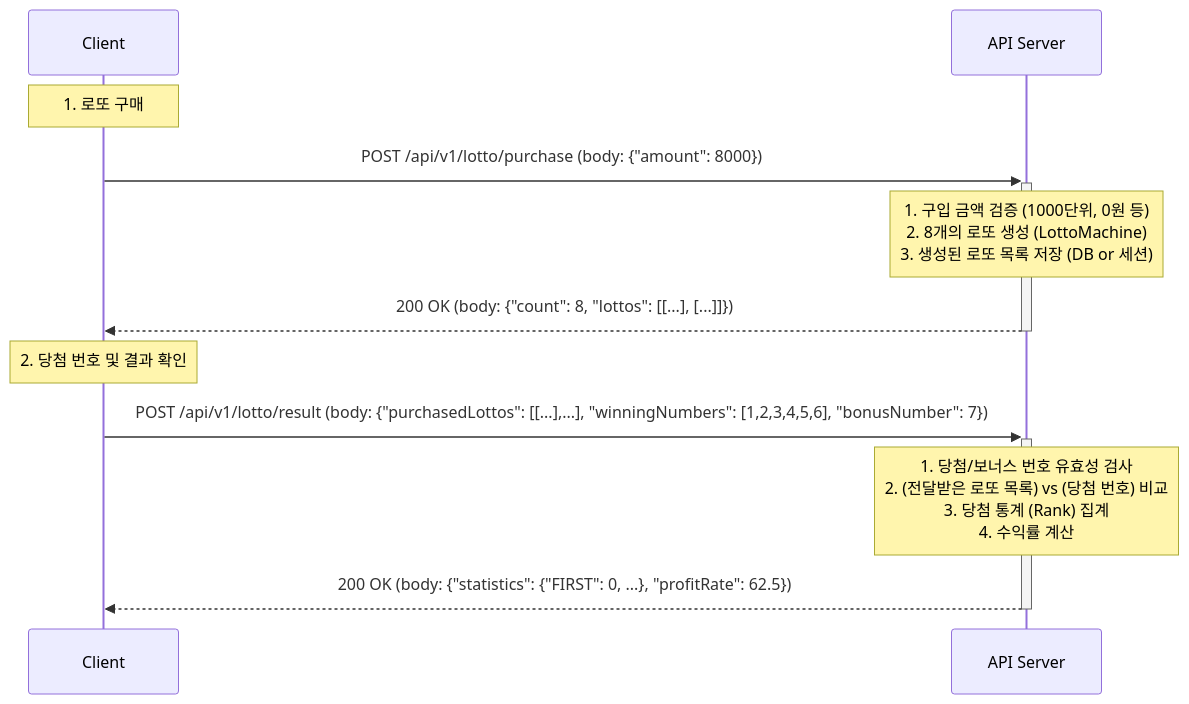
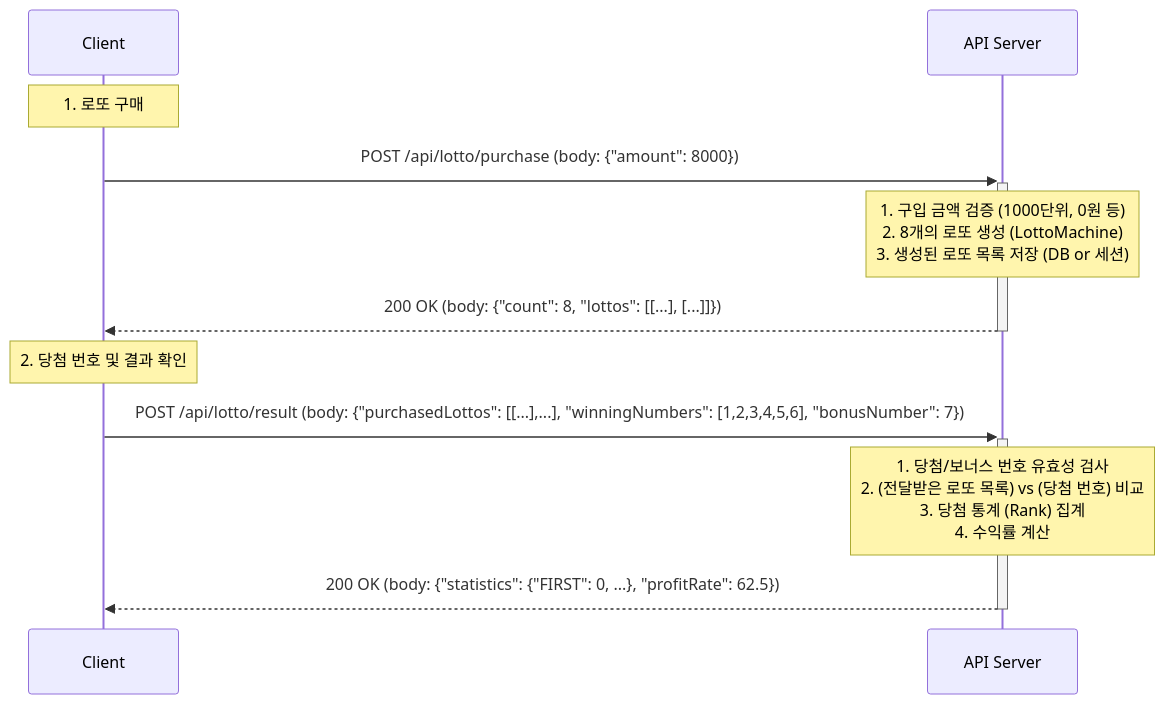
Before and after one commit to stdiodh/java-open-mission-8: the third of 3 diagrams in README.md, drawn with Mermaid. The commit also changed other lines of this file, not shown here.

Commit message:
docs: API 흐름도 내 엔드포인트 URL 최신화함
실제 구현된 REST API 경로 구조(/api/{domain}/{action})에 맞게 API 흐름도 문서를 갱신함.

````diff
--- a/README.md
+++ b/README.md
@@ -102,12 +102,12 @@
     ```mermaid
     sequenceDiagram
     Note over Client: 1. 로또 구매
-    Client->>+API Server: POST /api/v1/lotto/purchase (body: {"amount": 8000})
+    Client->>+API Server: POST /api/lotto/purchase (body: {"amount": 8000})
     Note over API Server: 1. 구입 금액 검증 (1000단위, 0원 등)<br>2. 8개의 로또 생성 (LottoMachine)<br>3. 생성된 로또 목록 저장 (DB or 세션)
     API Server-->>-Client: 200 OK (body: {"count": 8, "lottos": [[...], [...]]})
 
     Note over Client: 2. 당첨 번호 및 결과 확인
-    Client->>+API Server: POST /api/v1/lotto/result (body: {"purchasedLottos": [[...],...], "winningNumbers": [1,2,3,4,5,6], "bonusNumber": 7})
+    Client->>+API Server: POST /api/lotto/result (body: {"purchasedLottos": [[...],...], "winningNumbers": [1,2,3,4,5,6], "bonusNumber": 7})
     Note over API Server: 1. 당첨/보너스 번호 유효성 검사<br>2. (전달받은 로또 목록) vs (당첨 번호) 비교<br>3. 당첨 통계 (Rank) 집계<br>4. 수익률 계산
     API Server-->>-Client: 200 OK (body: {"statistics": {"FIRST": 0, ...}, "profitRate": 62.5})
     ```
````
